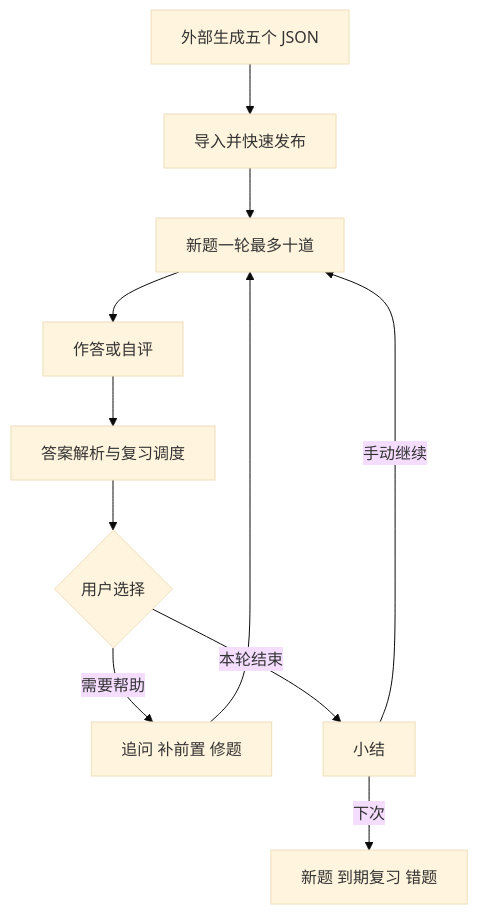
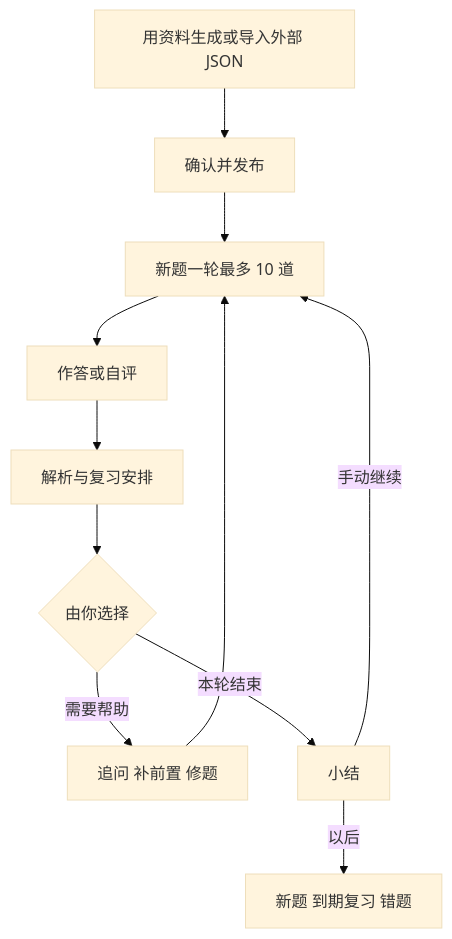
Before and after one commit to EricWang1358/dsh-web-studyhub: the diagram in docs/study-workflows.zh-CN.md, drawn with Mermaid (base theme). The commit also changed other lines of this file and 81 other files, not shown here.

````diff
--- a/docs/study-workflows.zh-CN.md
+++ b/docs/study-workflows.zh-CN.md
@@ -34,13 +179,13 @@
 ```mermaid
 flowchart TD
-  A[外部生成五个 JSON] --> B[导入并快速发布]
-  B --> C[新题一轮最多十道]
+  A[用资料生成或导入外部 JSON] --> B[确认并发布]
+  B --> C[新题一轮最多 10 道]
   C --> D[作答或自评]
-  D --> E[答案解析与复习调度]
-  E --> F{用户选择}
+  D --> E[解析与复习安排]
+  E --> F{由你选择}
   F -->|需要帮助| G[追问 补前置 修题]
   G --> C
   F -->|本轮结束| H[小结]
   H -->|手动继续| C
-  H -->|下次| I[新题 到期复习 错题]
+  H -->|以后| I[新题 到期复习 错题]
 ```
````
